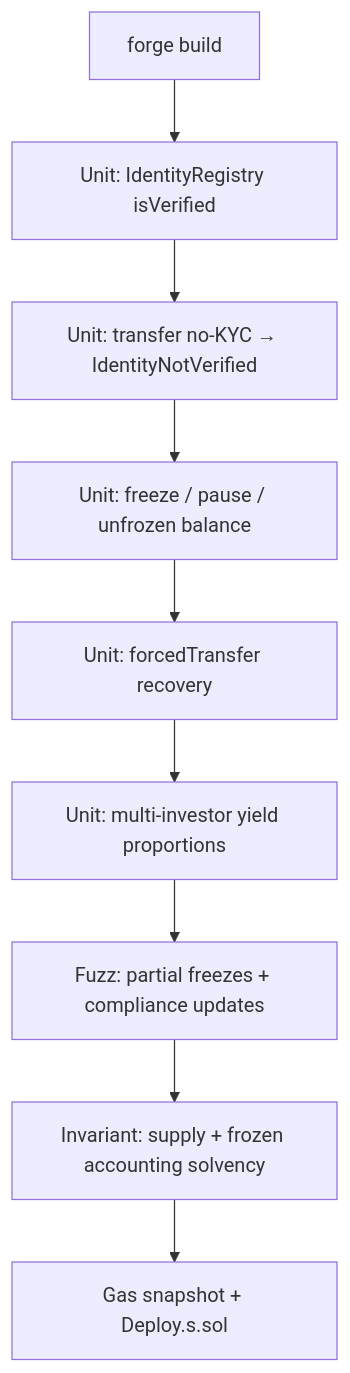
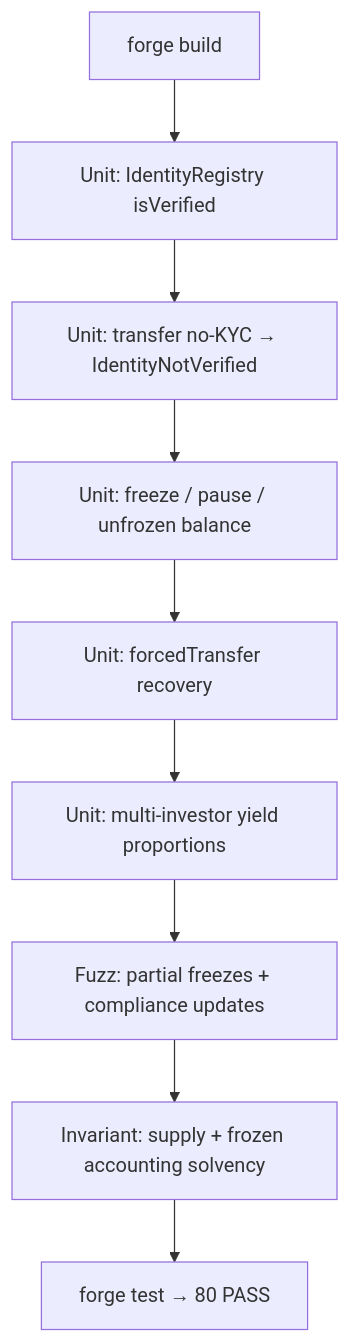
The sixth of 6 diagrams in doc/flujograma.md (rastrahm/rwa-tokenization), drawn with Mermaid before and after one commit. The commit also changed other lines of this file and 12 other files, not shown here.

````diff
--- a/doc/flujograma.md
+++ b/doc/flujograma.md
@@ -122,11 +123,11 @@
 ```mermaid
 flowchart TD
     A[forge build] --> B[Unit: IdentityRegistry isVerified]
     B --> C[Unit: transfer no-KYC → IdentityNotVerified]
     C --> D[Unit: freeze / pause / unfrozen balance]
     D --> E[Unit: forcedTransfer recovery]
     E --> F[Unit: multi-investor yield proportions]
     F --> G[Fuzz: partial freezes + compliance updates]
     G --> H[Invariant: supply + frozen accounting solvency]
-    H --> I[Gas snapshot + Deploy.s.sol]
+    H --> I[forge test → 80 PASS]
 ```
````
